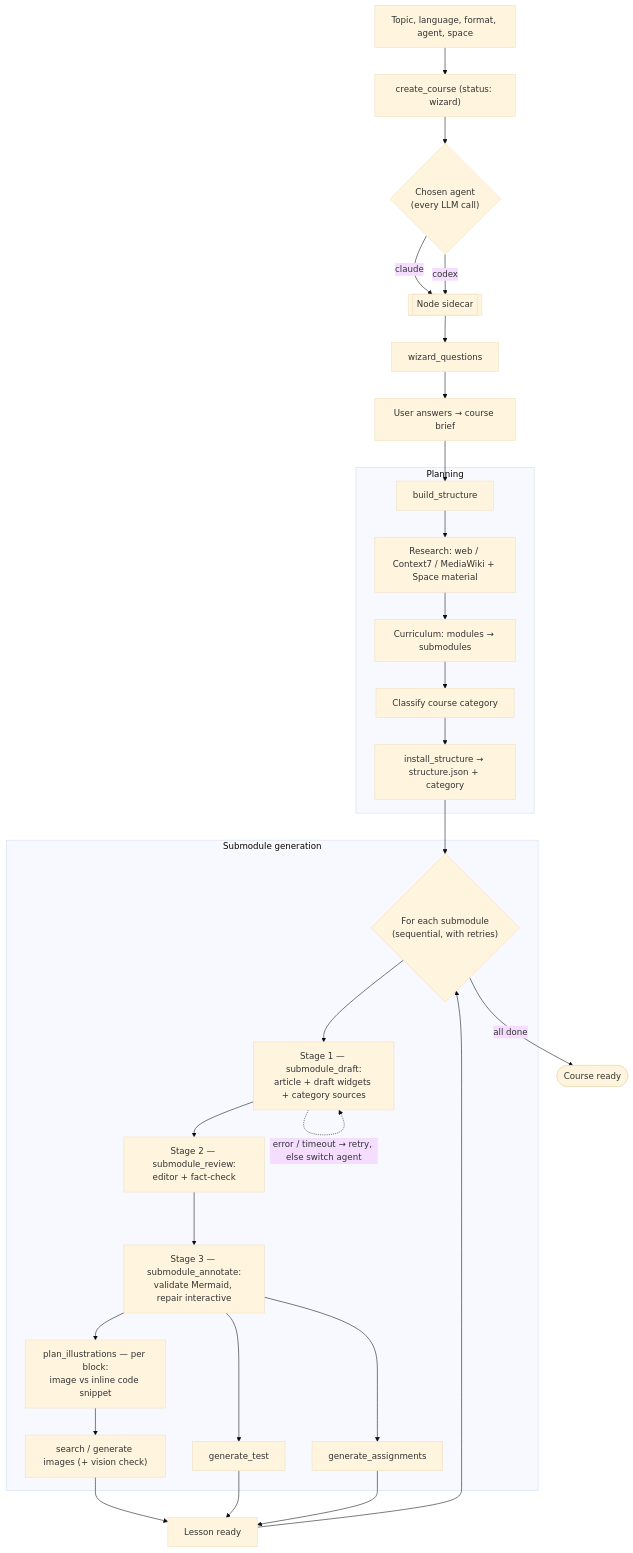
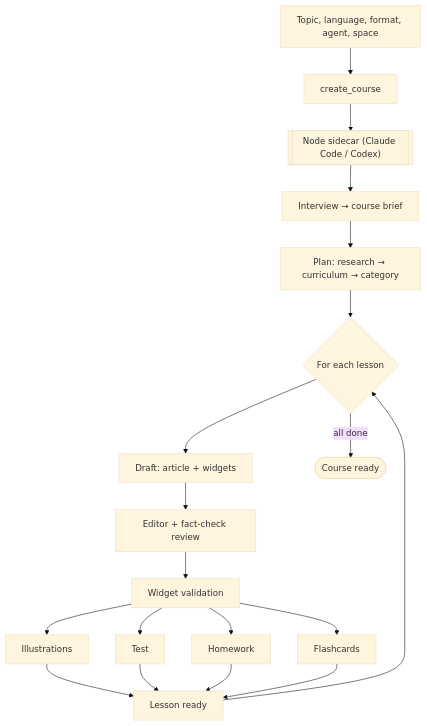
Before and after one commit to legostin/learn-almost-anything: the diagram in README.md, drawn with Mermaid (base theme). The commit also changed other lines of this file, not shown here.

````diff
--- a/README.md
+++ b/README.md
@@ -44,38 +110,21 @@
 ```mermaid
 flowchart TD
-  U["Topic, language, format, agent, space"] --> CC["create_course (status: wizard)"]
-  CC --> AGENT{"Chosen agent<br/>(every LLM call)"}
-  AGENT -->|claude| SC[["Node sidecar"]]
-  AGENT -->|codex| SC
-
-  SC --> WQ["wizard_questions"]
-  WQ --> ANS["User answers → course brief"]
-  ANS --> BS["build_structure"]
-
-  subgraph PLAN["Planning"]
-    BS --> R1["Research: web / Context7 / MediaWiki + Space material"]
-    R1 --> R2["Curriculum: modules → submodules"]
-    R2 --> R3["Classify course category"]
-    R3 --> R4["install_structure → structure.json + category"]
-  end
-
-  R4 --> LOOP{"For each submodule<br/>(sequential, with retries)"}
-
-  subgraph GEN["Submodule generation"]
-    LOOP --> D1["Stage 1 — submodule_draft:<br/>article + draft widgets + category sources"]
-    D1 --> D2["Stage 2 — submodule_review:<br/>editor + fact-check"]
-    D2 --> D3["Stage 3 — submodule_annotate:<br/>validate Mermaid, repair interactive"]
-    D3 --> ILL["plan_illustrations — per block:<br/>image vs inline code snippet"]
-    ILL --> IMG["search / generate images (+ vision check)"]
-    D3 --> TST["generate_test"]
-    D3 --> HW["generate_assignments"]
-  end
-
-  IMG --> RDY["Lesson ready"]
+  U["Topic, language, format, agent, space"] --> CC["create_course"]
+  CC --> SC[["Node sidecar (Claude Code / Codex)"]]
+  SC --> WQ["Interview → course brief"]
+  WQ --> BS["Plan: research → curriculum → category"]
+  BS --> LOOP{"For each lesson"}
+  LOOP --> D1["Draft: article + widgets"]
+  D1 --> D2["Editor + fact-check review"]
+  D2 --> D3["Widget validation"]
+  D3 --> ILL["Illustrations"]
+  D3 --> TST["Test"]
+  D3 --> HW["Homework"]
+  D3 --> FC["Flashcards"]
+  ILL --> RDY["Lesson ready"]
   TST --> RDY
   HW --> RDY
+  FC --> RDY
   RDY --> LOOP
   LOOP -->|all done| FIN(["Course ready"])
-
-  D1 -. "error / timeout → retry, else switch agent" .-> D1
 ```
````
